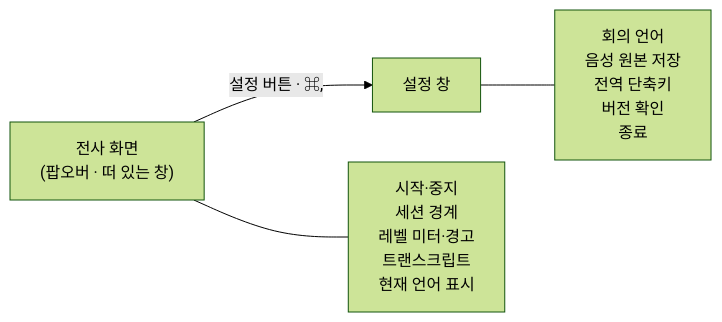
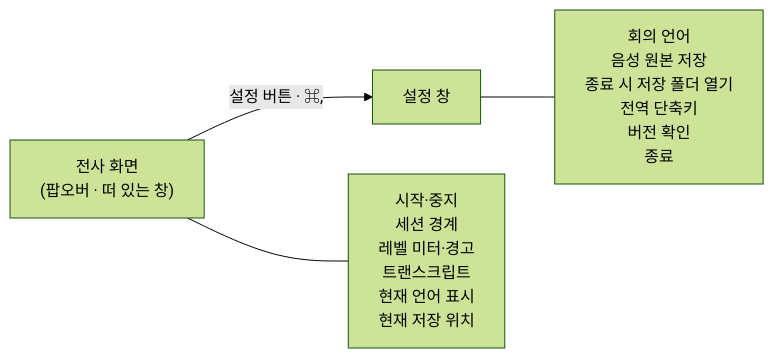
Before and after one commit to haandol/scribird: the diagram in docs/adr/session/0003-settings-surface-separation.md, drawn with Mermaid (forest theme). The commit also changed other lines of this file and 25 other files, not shown here.

````diff
--- a/docs/adr/session/0003-settings-surface-separation.md
+++ b/docs/adr/session/0003-settings-surface-separation.md
@@ -105,9 +114,9 @@
 ```mermaid
 flowchart LR
     T["전사 화면<br/>(팝오버 · 떠 있는 창)"]
     S["설정 창"]
 
     T -->|"설정 버튼 · ⌘,"| S
-    T --- TC["시작·중지<br/>세션 경계<br/>레벨 미터·경고<br/>트랜스크립트<br/>현재 언어 표시"]
-    S --- SC["회의 언어<br/>음성 원본 저장<br/>전역 단축키<br/>버전 확인<br/>종료"]
+    T --- TC["시작·중지<br/>세션 경계<br/>레벨 미터·경고<br/>트랜스크립트<br/>현재 언어 표시<br/>현재 저장 위치"]
+    S --- SC["회의 언어<br/>음성 원본 저장<br/>종료 시 저장 폴더 열기<br/>전역 단축키<br/>버전 확인<br/>종료"]
 ```
````
